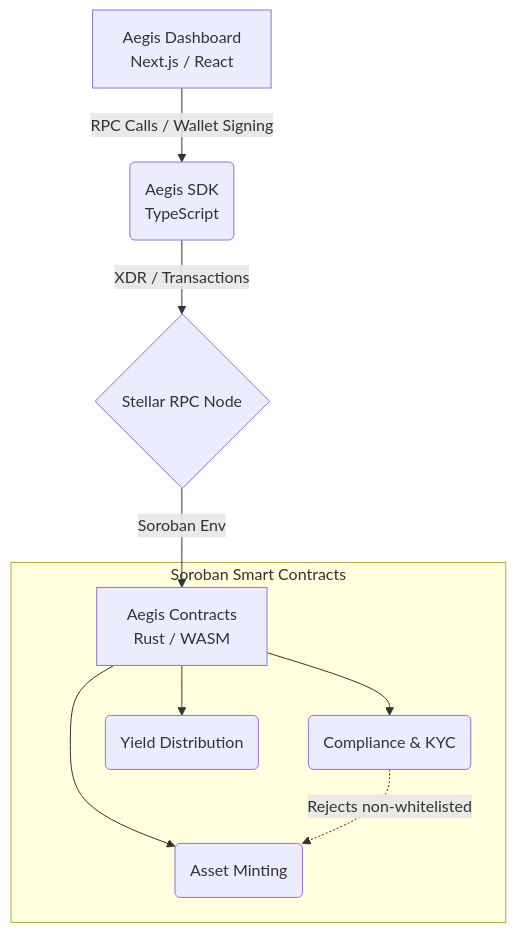
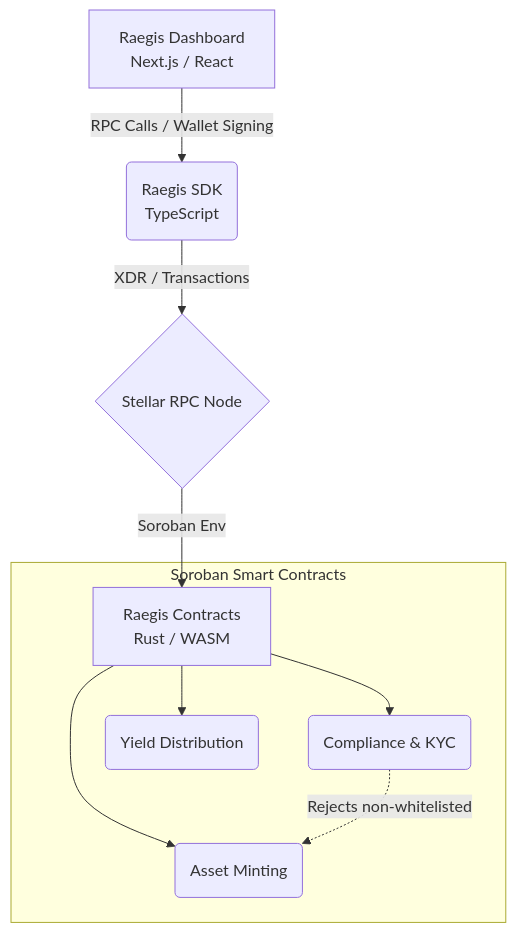
The diagram in profile/README.md (Raegis-RWA/.github), drawn with Mermaid before and after one commit. The commit also changed other lines of this file, not shown here.

Commit message:
Rename Aegis RWA to Raegis RWA in README

````diff
--- a/profile/README.md
+++ b/profile/README.md
@@ -26,14 +26,14 @@
 ```mermaid
 graph TD
-    A[Aegis Dashboard <br> Next.js / React] -->|RPC Calls / Wallet Signing| B(Aegis SDK <br> TypeScript)
+    A[Raegis Dashboard <br> Next.js / React] -->|RPC Calls / Wallet Signing| B(Raegis SDK <br> TypeScript)
     B -->|XDR / Transactions| C{Stellar RPC Node}
-    C -->|Soroban Env| D[Aegis Contracts <br> Rust / WASM]
+    C -->|Soroban Env| D[Raegis Contracts <br> Rust / WASM]
     
     subgraph Soroban Smart Contracts
     D --> E(Asset Minting)
     D --> F(Compliance & KYC)
     D --> G(Yield Distribution)
     end
     
     F -.->|Rejects non-whitelisted| E
 ```
````
